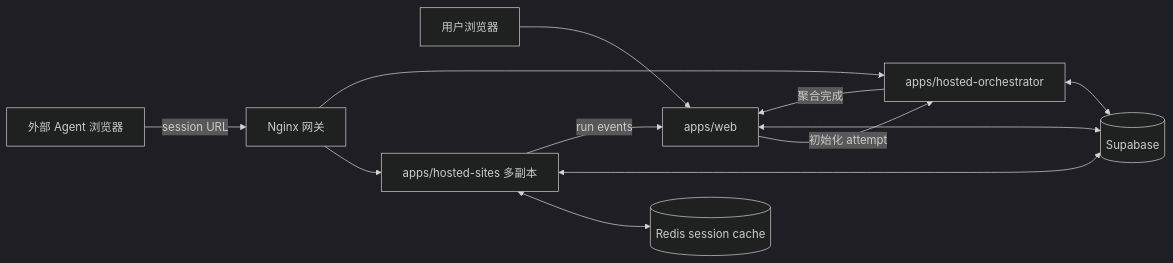
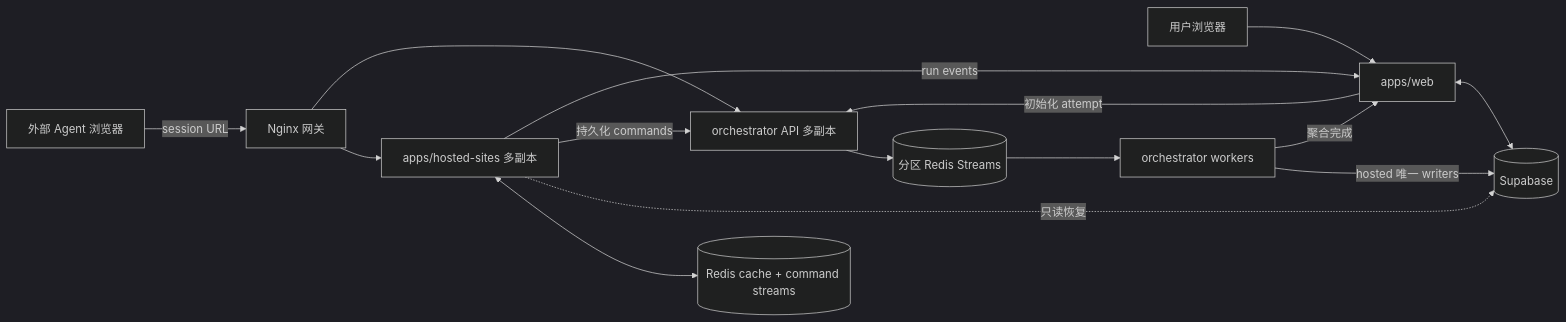
The diagram in docs/architecture.zh-CN.md (Kaiwen0418/agent-benchmark), drawn with Mermaid (dark theme) before and after one commit. The commit also changed other lines of this file and 30 other files, not shown here.

Commit message:
feat: scale hosted orchestration with Redis streams

````diff
--- a/docs/architecture.zh-CN.md
+++ b/docs/architecture.zh-CN.md
@@ -9,14 +9,17 @@
 ```mermaid
 flowchart LR
   Agent["外部 Agent 浏览器"] -->|"session URL"| Gateway["Nginx 网关"]
   User["用户浏览器"] --> Web["apps/web"]
-  Web -->|"初始化 attempt"| Orchestrator["apps/hosted-orchestrator"]
+  Web -->|"初始化 attempt"| OrchestratorAPI["orchestrator API 多副本"]
   Gateway --> Sites["apps/hosted-sites 多副本"]
-  Gateway --> Orchestrator
-  Sites <--> Redis[("Redis session cache")]
+  Gateway --> OrchestratorAPI
+  Sites <--> Redis[("Redis cache + command streams")]
   Web <--> DB[("Supabase")]
-  Sites <--> DB
-  Orchestrator <--> DB
+  Sites -.->|"只读恢复"| DB
+  Sites -->|"持久化 commands"| OrchestratorAPI
+  OrchestratorAPI --> Streams[("分区 Redis Streams")]
+  Streams --> Workers["orchestrator workers"]
+  Workers -->|"hosted 唯一 writers"| DB
   Sites -->|"run events"| Web
-  Orchestrator -->|"聚合完成"| Web
+  Workers -->|"聚合完成"| Web
 ```
````
